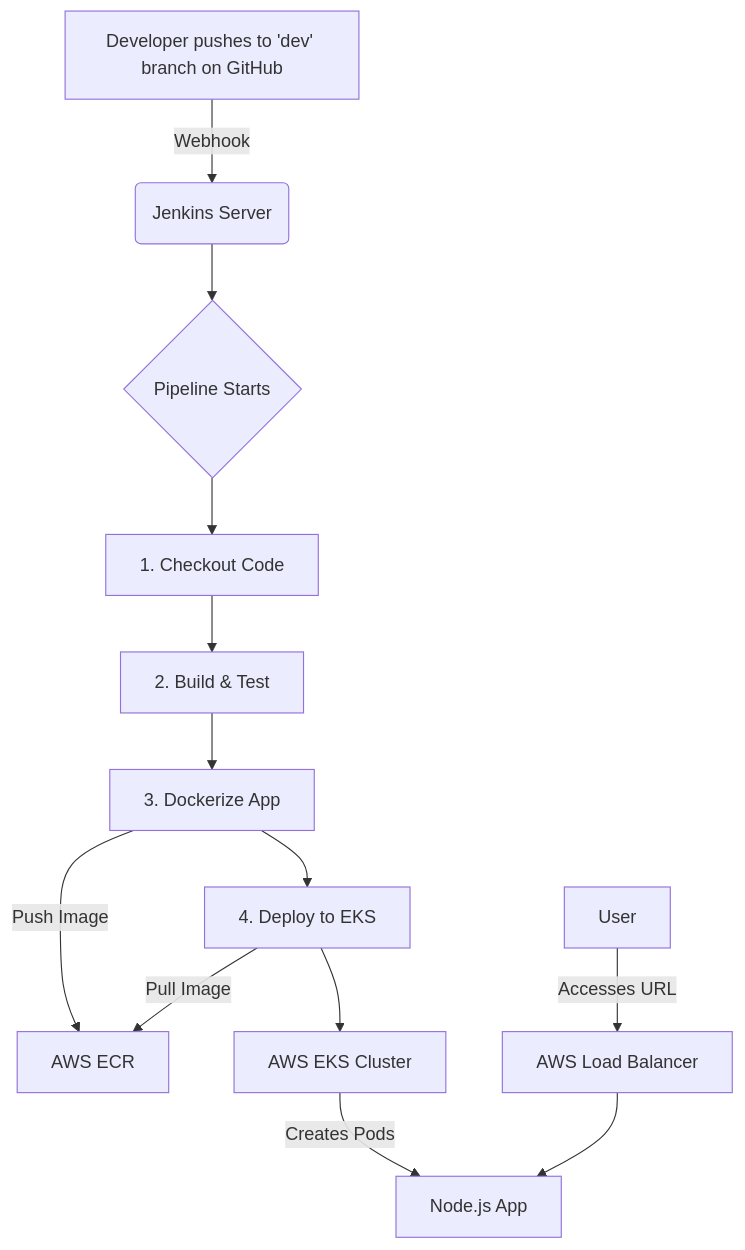
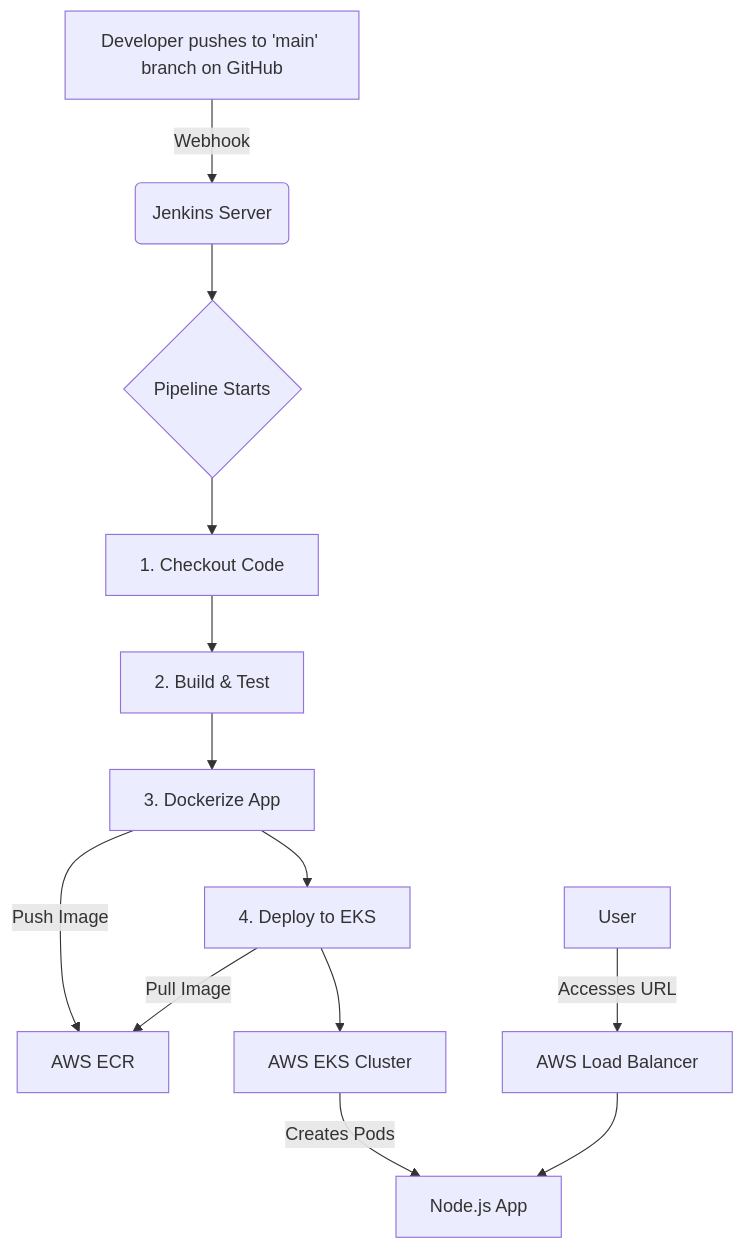
The diagram in README.md (seelimsii/devops-task), drawn with Mermaid before and after one commit. The commit also changed other lines of this file, not shown here.

````diff
--- a/README.md
+++ b/README.md
@@ -7,15 +7,15 @@
 ```mermaid
 graph TD
-    A[Developer pushes to 'dev' branch on GitHub] -->|Webhook| B(Jenkins Server);
+    A[Developer pushes to 'main' branch on GitHub] -->|Webhook| B(Jenkins Server);
     B --> C{Pipeline Starts};
     C --> D[1. Checkout Code];
     D --> E[2. Build & Test];
     E --> F[3. Dockerize App];
     F -->|Push Image| G[AWS ECR];
     F --> H[4. Deploy to EKS];
     H -->|Pull Image| G;
     H --> I[AWS EKS Cluster];
     I -->|Creates Pods| J[Node.js App];
     K[User] -->|Accesses URL| L[AWS Load Balancer];
     L --> J;
 ```
````
